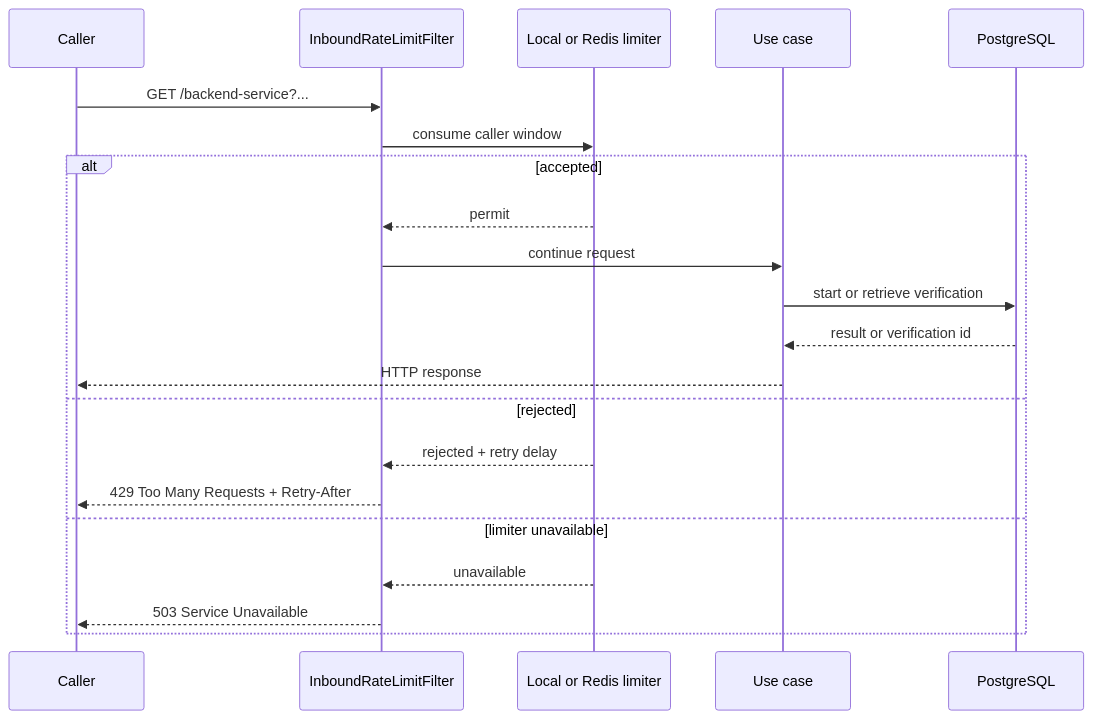
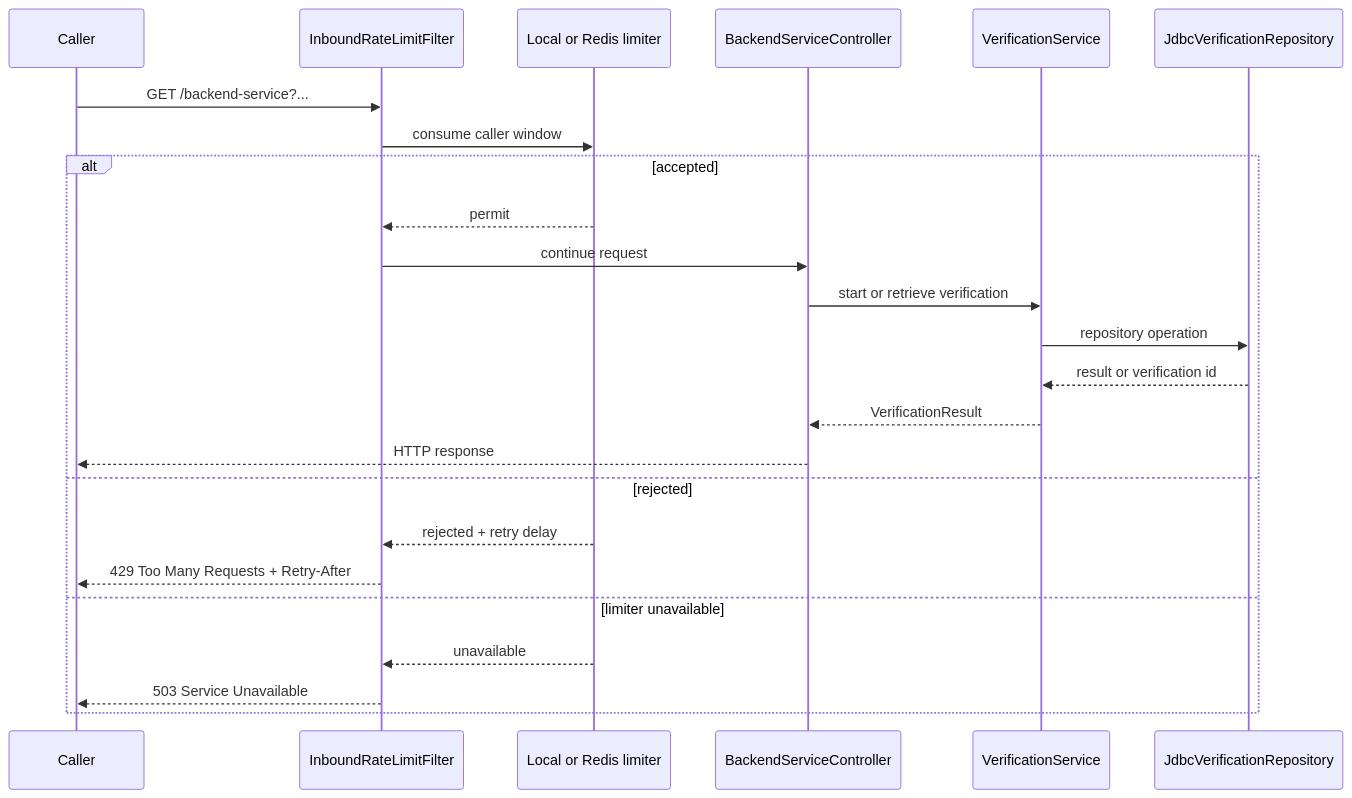
Before and after one commit to migangdelzar/company-check-workspace: the first of 4 diagrams in docs/architecture/resilience.md, drawn with Mermaid. The commit also changed other lines of this file and 17 other files, not shown here.

Commit message:
docs: align architecture references with layered backend

````diff
--- a/docs/architecture/resilience.md
+++ b/docs/architecture/resilience.md
@@ -10,24 +10,27 @@
 ```mermaid
 sequenceDiagram
   participant C as Caller
   participant F as InboundRateLimitFilter
   participant L as Local or Redis limiter
-  participant U as Use case
-  participant P as PostgreSQL
+  participant Ctl as BackendServiceController
+  participant S as VerificationService
+  participant P as JdbcVerificationRepository
 
   C->>F: GET /backend-service?...
   F->>L: consume caller window
   alt accepted
     L-->>F: permit
-    F->>U: continue request
-    U->>P: start or retrieve verification
-    P-->>U: result or verification id
-    U-->>C: HTTP response
+    F->>Ctl: continue request
+    Ctl->>S: start or retrieve verification
+    S->>P: repository operation
+    P-->>S: result or verification id
+    S-->>Ctl: VerificationResult
+    Ctl-->>C: HTTP response
   else rejected
     L-->>F: rejected + retry delay
     F-->>C: 429 Too Many Requests + Retry-After
   else limiter unavailable
     L-->>F: unavailable
     F-->>C: 503 Service Unavailable
   end
 ```
````
